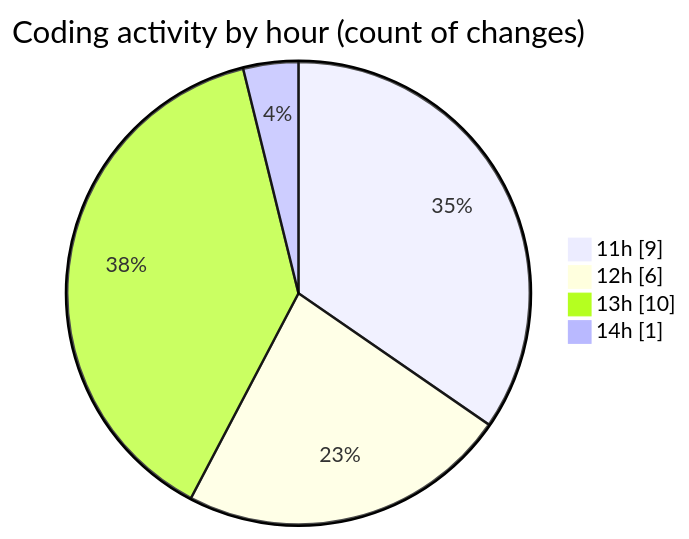
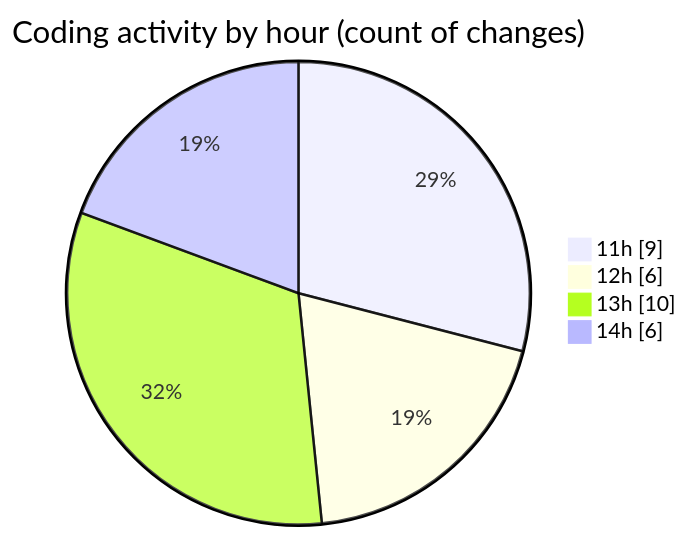
Before and after one commit to BS-eng2023/code-tracking: the second of 2 diagrams in 2025-05-08/recipe-app/README.md, drawn with Mermaid. The commit also changed other lines of this file and 1 other file, not shown here.

````diff
--- a/2025-05-08/recipe-app/README.md
+++ b/2025-05-08/recipe-app/README.md
@@ -34,8 +34,8 @@
 ```mermaid
 pie showData
 title Coding activity by hour (count of changes)
 "11h" : 9
 "12h" : 6
 "13h" : 10
-"14h" : 1
+"14h" : 6
 ```
````
